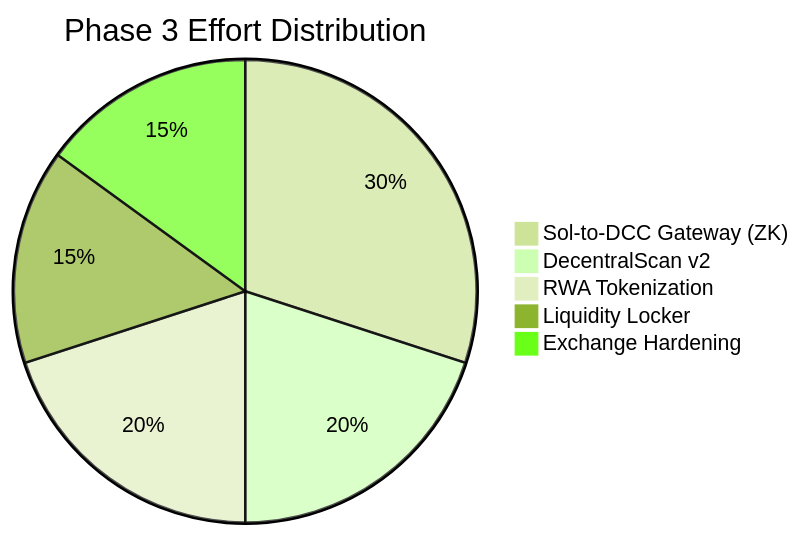
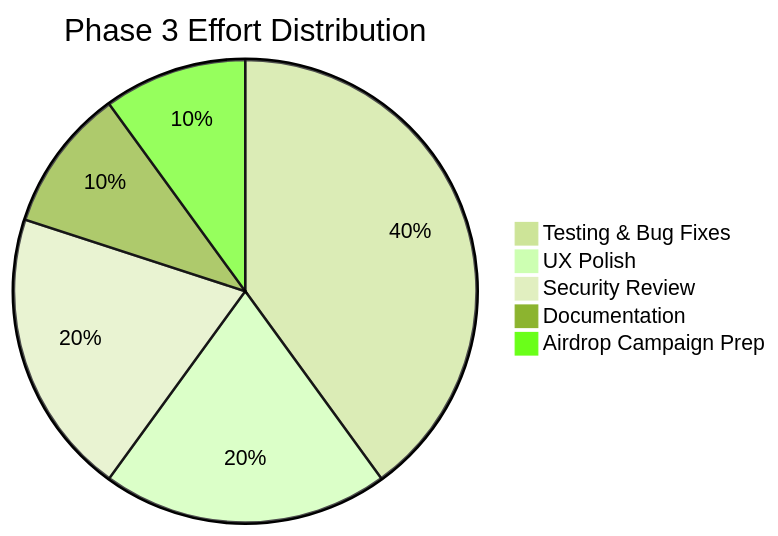
Before and after one commit to 33imattei33/roadmap-project: the ninth of 11 diagrams in ROADMAP.md, drawn with Mermaid (forest theme). The commit also changed other lines of this file, not shown here.

First line of the commit message:
Update roadmap: 12 projects are 90% complete and on mainnet

````diff
--- a/ROADMAP.md
+++ b/ROADMAP.md
@@ -352,8 +365,8 @@
 ```mermaid
 pie title Phase 3 Effort Distribution
-    "Sol-to-DCC Gateway (ZK)" : 30
-    "DecentralScan v2" : 20
-    "RWA Tokenization" : 20
-    "Liquidity Locker" : 15
-    "Exchange Hardening" : 15
+    "Testing & Bug Fixes" : 40
+    "UX Polish" : 20
+    "Security Review" : 20
+    "Documentation" : 10
+    "Airdrop Campaign Prep" : 10
 ```
````
